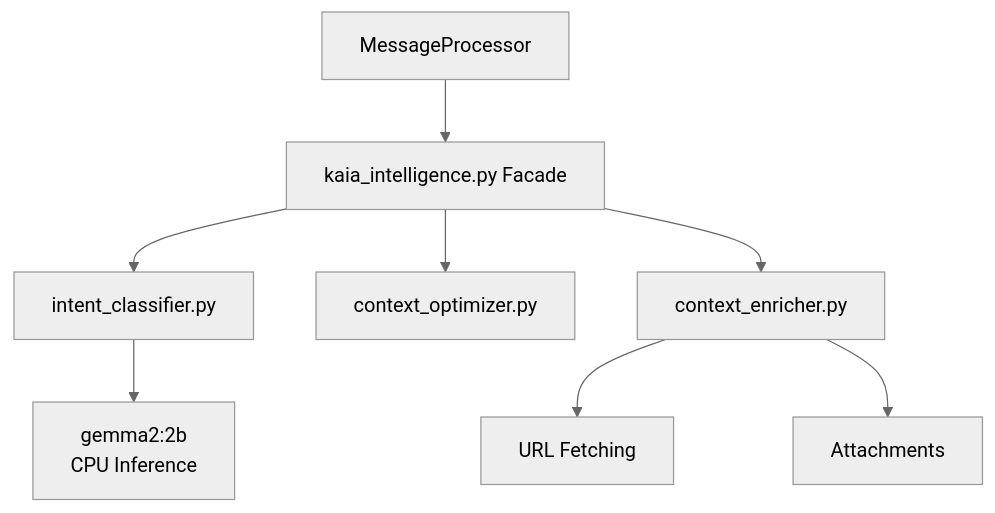
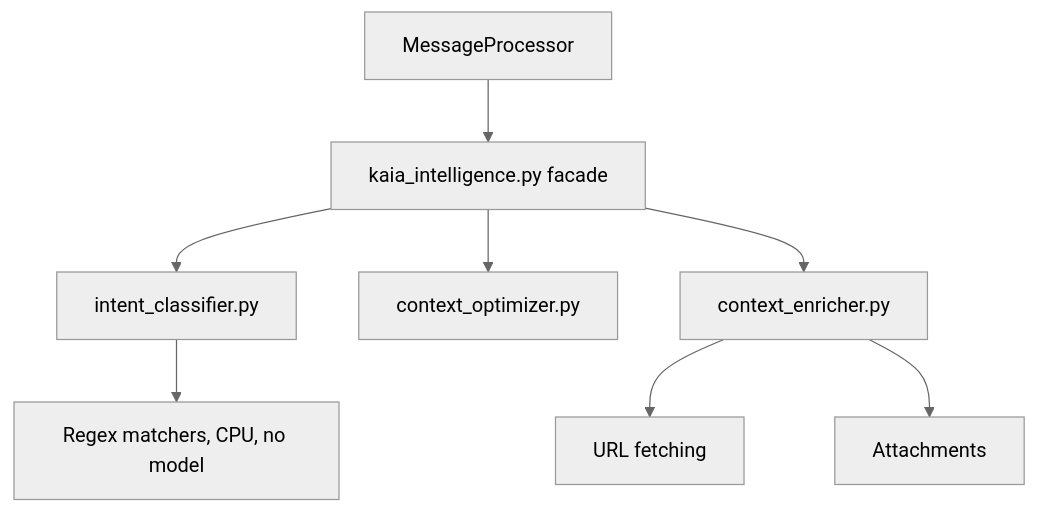
Before and after one commit to Ekco-S64QTN6/Kaiacord: the diagram in docs/03-architecture/intelligence-layer.md, drawn with Mermaid (neutral theme). The commit also changed other lines of this file and 22 other files, not shown here.

````diff
--- a/docs/03-architecture/intelligence-layer.md
+++ b/docs/03-architecture/intelligence-layer.md
@@ -8,12 +15,12 @@
 ```mermaid
 flowchart TD
-    MP[MessageProcessor] --> IF[kaia_intelligence.py Facade]
+    MP[MessageProcessor] --> IF[kaia_intelligence.py facade]
     IF --> IC[intent_classifier.py]
     IF --> CO[context_optimizer.py]
     IF --> CE[context_enricher.py]
-    
-    CE --> URL[URL Fetching]
+
+    CE --> URL[URL fetching]
     CE --> AT[Attachments]
-    
-    IC --> GPT[gemma2:2b\nCPU Inference]
+
+    IC --> RX[Regex matchers, CPU, no model]
 ```
````
